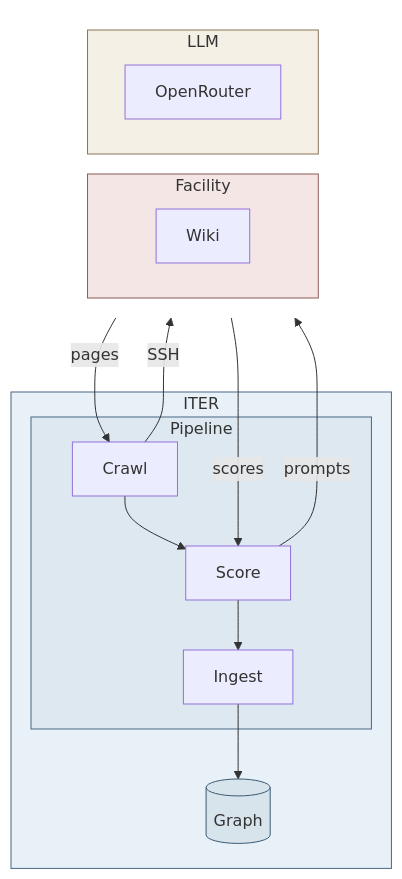
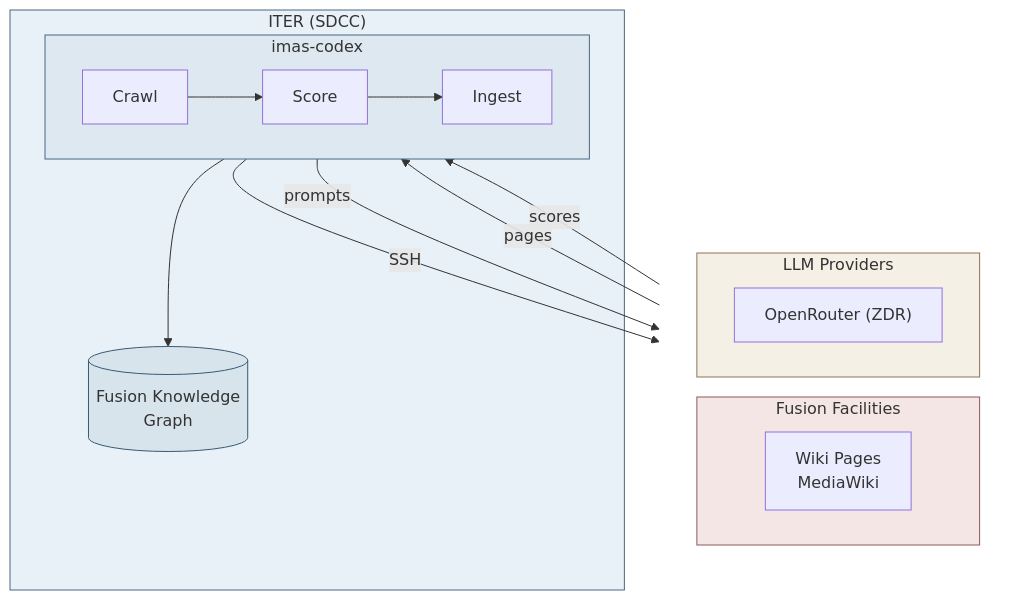
The fifth of 5 diagrams in docs/architecture/facility-access.md (iterorganization/imas-mcp), drawn with Mermaid before and after one commit. The commit also changed other lines of this file, not shown here.

First line of the commit message:
docs: tighten pipeline diagrams to match hero style

````diff
--- a/docs/architecture/facility-access.md
+++ b/docs/architecture/facility-access.md
@@ -235,36 +239,38 @@
 ```mermaid
 flowchart TB
     subgraph TOP[" "]
         direction LR
-        subgraph FAC["Facility"]
-            WIKI["Wiki"]
+        subgraph FAC["Fusion Facilities"]
+            WIKI["Wiki Pages
+MediaWiki"]
         end
-        subgraph LLM["LLM"]
-            L["OpenRouter"]
+        subgraph LLM["LLM Providers"]
+            L["OpenRouter (ZDR)"]
         end
     end
 
-    subgraph ITER["ITER"]
-        subgraph PIPE["Pipeline"]
+    subgraph ITER["ITER (SDCC)"]
+        subgraph BUILD["imas-codex"]
+            direction LR
             CRAWL["Crawl"]
             SCORE["Score"]
             INGEST["Ingest"]
         end
-        GRAPH[("Graph")]
+        GRAPH[("Fusion Knowledge
+Graph")]
     end
 
     WIKI -- "pages" --> CRAWL
     CRAWL -- "SSH" --> WIKI
-    CRAWL --> SCORE
-    SCORE --> INGEST
     INGEST --> GRAPH
     L -- "scores" --> SCORE
     SCORE -- "prompts" --> L
+    CRAWL --> SCORE --> INGEST
 
     style TOP fill:none,stroke:none
     style FAC fill:#f5e6e6,stroke:#8b5a5a
+    style LLM fill:#f5f0e6,stroke:#8b7355
     style ITER fill:#e8f0f8,stroke:#4a6785
-    style PIPE fill:#dde8f0,stroke:#4a6785
-    style LLM fill:#f5f0e6,stroke:#8b7355
+    style BUILD fill:#dde8f0,stroke:#4a6785
     style GRAPH fill:#d8e4ec,stroke:#3a5a75
 ```
````
